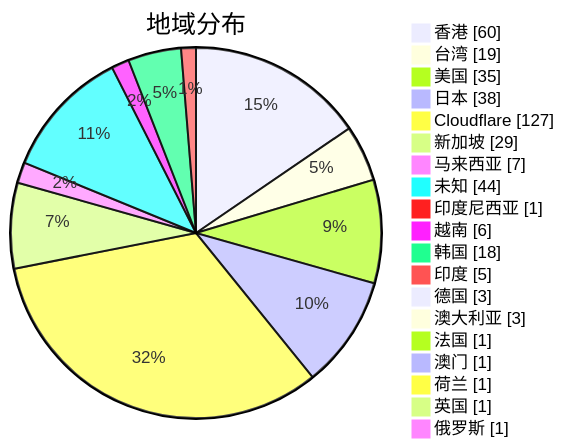
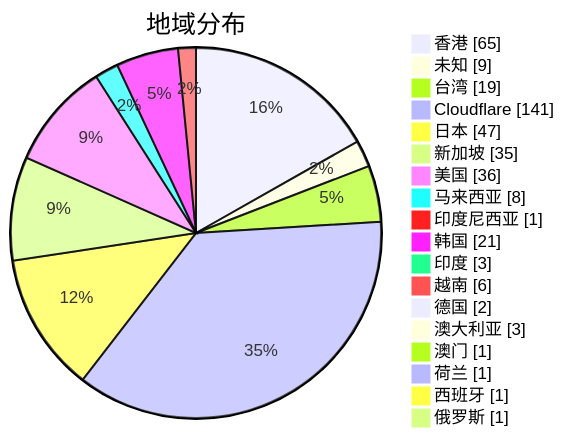
Before and after one commit to qjlxg/airport: the second of 3 diagrams in subs/statistics/tested_within.md, drawn with Mermaid. The commit also changed other lines of this file and 2 other files, not shown here.

Commit message:
Tested by metaST

````diff
--- a/subs/statistics/tested_within.md
+++ b/subs/statistics/tested_within.md
@@ -14,23 +13,22 @@
 ```mermaid
 pie showData
 title 地域分布
-"香港" : 60
+"香港" : 65
+"未知" : 9
 "台湾" : 19
-"美国" : 35
-"日本" : 38
-"Cloudflare" : 127
-"新加坡" : 29
-"马来西亚" : 7
-"未知" : 44
+"Cloudflare" : 141
+"日本" : 47
+"新加坡" : 35
+"美国" : 36
+"马来西亚" : 8
 "印度尼西亚" : 1
+"韩国" : 21
+"印度" : 3
 "越南" : 6
-"韩国" : 18
-"印度" : 5
-"德国" : 3
+"德国" : 2
 "澳大利亚" : 3
-"法国" : 1
 "澳门" : 1
 "荷兰" : 1
-"英国" : 1
+"西班牙" : 1
 "俄罗斯" : 1
 ```
````
